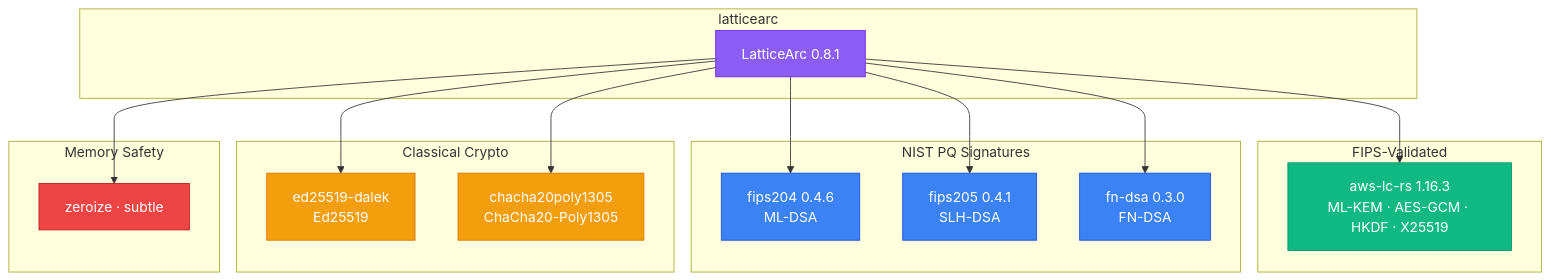
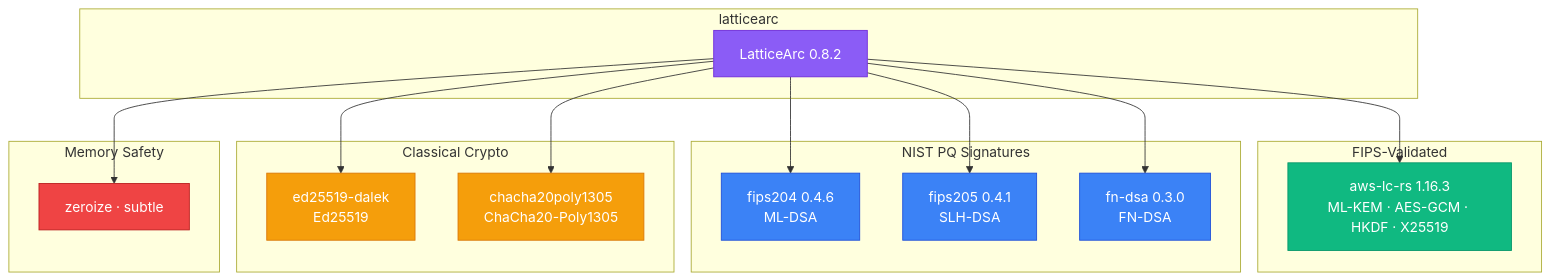
Before and after one commit to LatticeArc/latticearc: the diagram in docs/DEPENDENCY_JUSTIFICATION.md, drawn with Mermaid. The commit also changed other lines of this file and 29 other files, not shown here.

````diff
--- a/docs/DEPENDENCY_JUSTIFICATION.md
+++ b/docs/DEPENDENCY_JUSTIFICATION.md
@@ -12,45 +12,45 @@
 ```mermaid
 flowchart TB
     subgraph "latticearc"
-        LA[LatticeArc 0.8.1]
+        LA[LatticeArc 0.8.2]
     end
 
     subgraph "FIPS-Validated"
         AWSLC["aws-lc-rs 1.16.3\nML-KEM · AES-GCM · HKDF · X25519"]
     end
 
     subgraph "NIST PQ Signatures"
         F204["fips204 0.4.6\nML-DSA"]
         F205["fips205 0.4.1\nSLH-DSA"]
         FNDSA["fn-dsa 0.3.0\nFN-DSA"]
     end
 
     subgraph "Classical Crypto"
         DALEK["ed25519-dalek\nEd25519"]
         CHA["chacha20poly1305\nChaCha20-Poly1305"]
     end
 
     subgraph "Memory Safety"
         ZERO["zeroize · subtle"]
     end
 
     LA --> AWSLC
     LA --> F204
     LA --> F205
     LA --> FNDSA
     LA --> DALEK
     LA --> CHA
     LA --> ZERO
 
     classDef main fill:#8b5cf6,stroke:#6d28d9,color:#fff
     classDef fips fill:#10b981,stroke:#059669,color:#fff
     classDef nist fill:#3b82f6,stroke:#1d4ed8,color:#fff
     classDef cl fill:#f59e0b,stroke:#d97706,color:#fff
     classDef safety fill:#ef4444,stroke:#b91c1c,color:#fff
 
     class LA main
     class AWSLC fips
     class F204,F205,FNDSA nist
     class DALEK,CHA cl
     class ZERO safety
 ```
````
